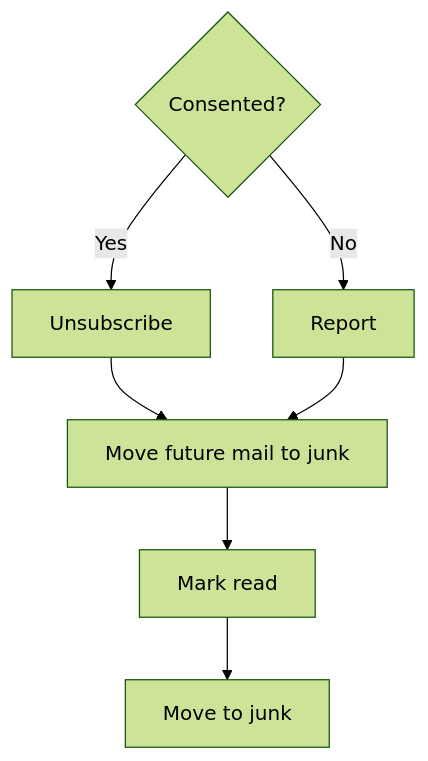
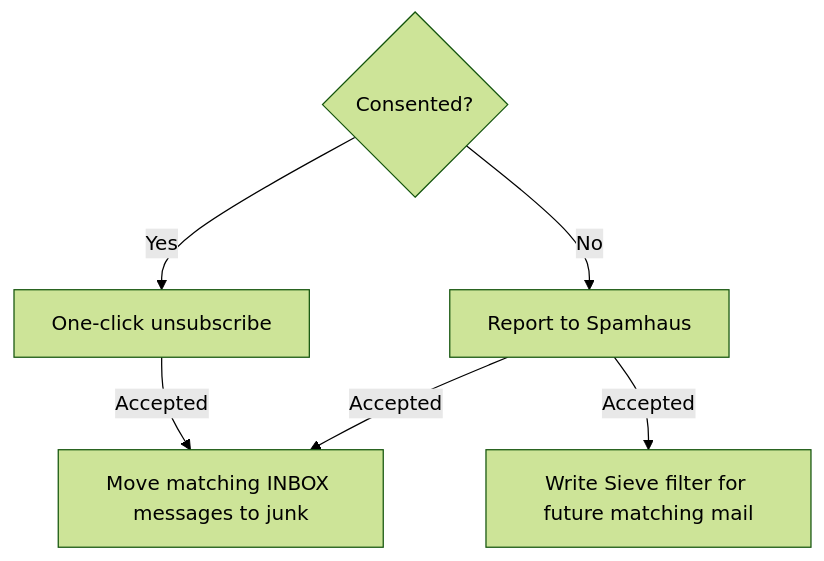
Before and after one commit to biobuddies/spamhammer: the diagram in README.md, drawn with Mermaid (forest theme). The commit also changed other lines of this file and 2 other files, not shown here.

Commit message:
Distinguish inbox cleanup from report-side Sieve filtering

````diff
--- a/README.md
+++ b/README.md
@@ -1,10 +1,9 @@
 ```mermaid
 flowchart TD
     consent{Consented?}
-    consent -->|Yes| unsubscribe[Unsubscribe]
-    consent -->|No| report[Report]
-    unsubscribe --> route[Move future mail to junk]
-    report --> route
-    route --> read[Mark read]
-    read --> junk[Move to junk]
+    consent -->|Yes| unsubscribe[One-click unsubscribe]
+    consent -->|No| report[Report to Spamhaus]
+    unsubscribe -->|Accepted| junk[Move matching INBOX messages to junk]
+    report -->|Accepted| junk
+    report -->|Accepted| sieve[Write Sieve filter for future matching mail]
 ```
````
